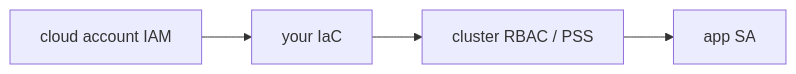
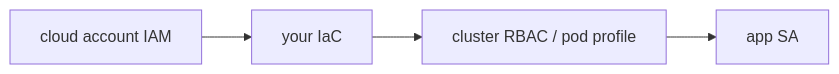
One commit to ishitvagoel/LearnSecurity changed the second of 2 diagrams in content/modules/10/10.3/lessons/02-model.md. Above: the diagram before and after it, drawn with Mermaid. The commit also changed other lines of this file and 39 other files, not shown here.

````diff
--- a/content/modules/10/10.3/lessons/02-model.md
+++ b/content/modules/10/10.3/lessons/02-model.md
@@ -25,6 +28,6 @@
 ```mermaid
 flowchart LR
   Cloud[cloud account IAM] --> You[your IaC]
-  You --> K8s["cluster RBAC / PSS"]
+  You --> K8s["cluster RBAC / pod profile"]
   K8s --> App[app SA]
 ```
````
